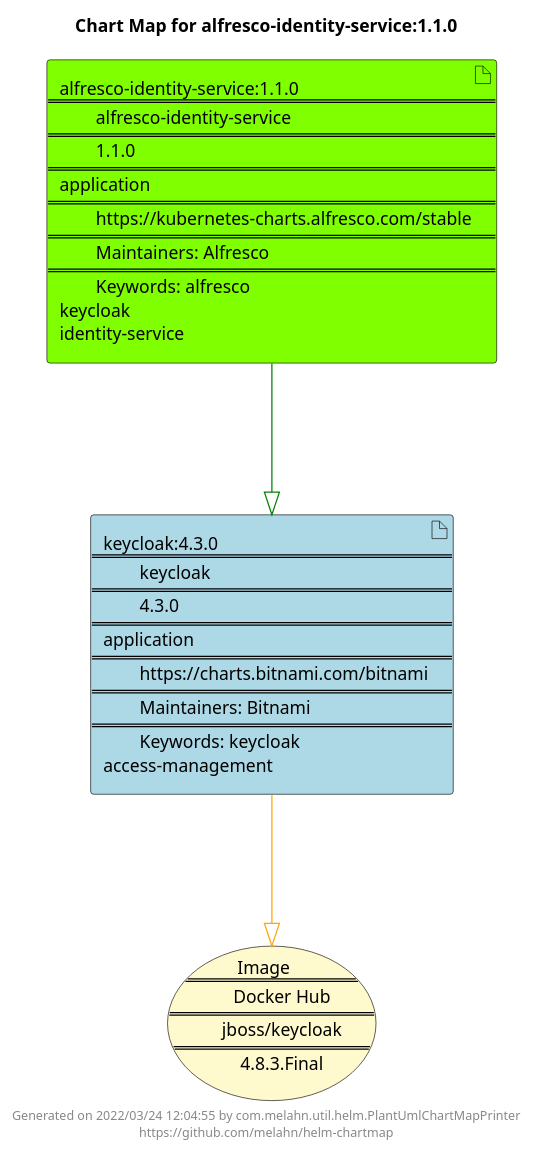
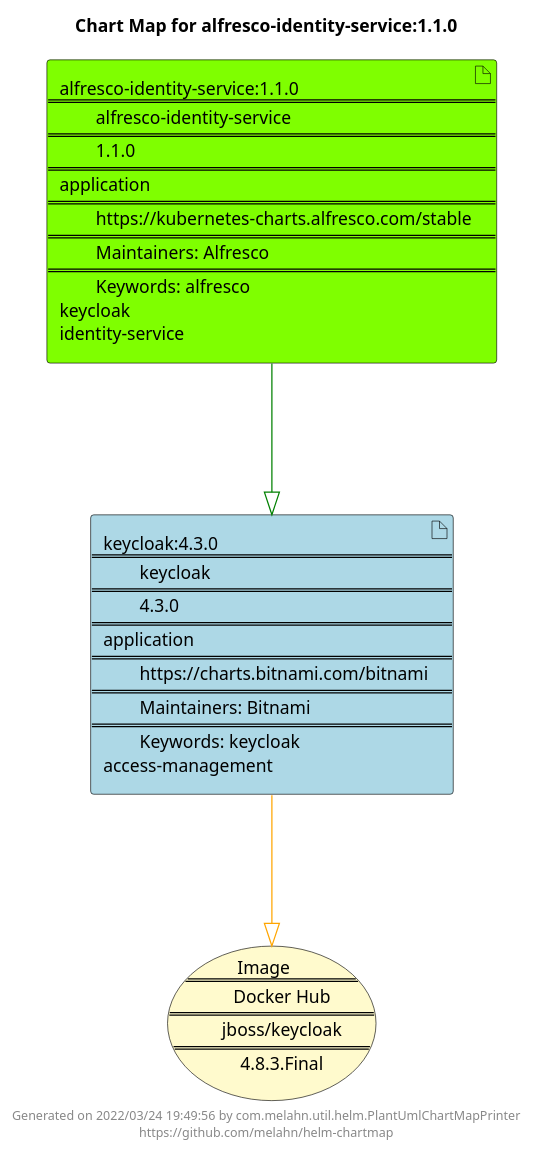
Before and after one commit to melahn/helm-chartmap: the diagram in docs/alfresco-identity-service/alfresco-identity-service-1.1.0.puml, drawn with PlantUML. The commit also changed 55 other files, not shown here.

Commit message:
Update Example Chart Maps as part of GitHub build

```diff
--- a/docs/alfresco-identity-service/alfresco-identity-service-1.1.0.puml
+++ b/docs/alfresco-identity-service/alfresco-identity-service-1.1.0.puml
@@ -1,23 +1,23 @@
 @startuml
 skinparam linetype ortho
 skinparam backgroundColor white
 skinparam usecaseBorderColor black
 skinparam usecaseArrowColor LightSlateGray
 skinparam artifactBorderColor black
 skinparam artifactArrowColor LightSlateGray
 
 title Chart Map for alfresco-identity-service:1.1.0
 
 'There are 2 referenced Helm Charts
 artifact "alfresco-identity-service:1.1.0\n====\n\talfresco-identity-service\n====\n\t1.1.0\n====\napplication\n====\n\thttps://kubernetes-charts.alfresco.com/stable\n====\n\tMaintainers: Alfresco\n====\n\tKeywords: alfresco\nkeycloak\nidentity-service" as alfresco_identity_service_1_1_0 #Chartreuse
 artifact "keycloak:4.3.0\n====\n\tkeycloak\n====\n\t4.3.0\n====\napplication\n====\n\thttps://charts.bitnami.com/bitnami\n====\n\tMaintainers: Bitnami\n====\n\tKeywords: keycloak\naccess-management" as keycloak_4_3_0 #LightBlue
 
 'There is one referenced Docker Image
 usecase "Image\n====\n\tDocker Hub\n====\n\tjboss/keycloak\n====\n\t4.8.3.Final" as jboss_keycloak_4_8_3_Final #LemonChiffon
 
 'Chart Dependencies
 alfresco_identity_service_1_1_0--[#green]-|>keycloak_4_3_0
 keycloak_4_3_0--[#orange]-|>jboss_keycloak_4_8_3_Final
 
-center footer Generated on 2022/03/24 12:04:55 by com.melahn.util.helm.PlantUmlChartMapPrinter\nhttps://github.com/melahn/helm-chartmap
+center footer Generated on 2022/03/24 19:49:56 by com.melahn.util.helm.PlantUmlChartMapPrinter\nhttps://github.com/melahn/helm-chartmap
 @enduml
```
